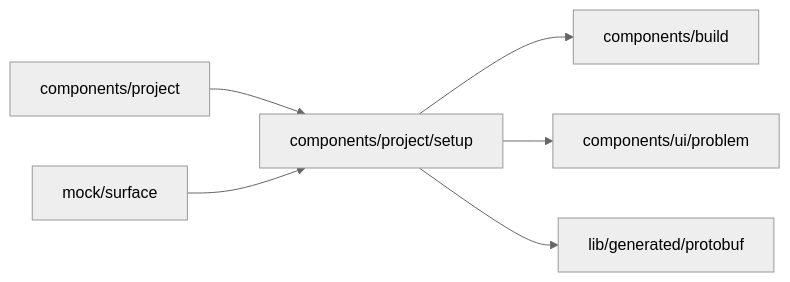
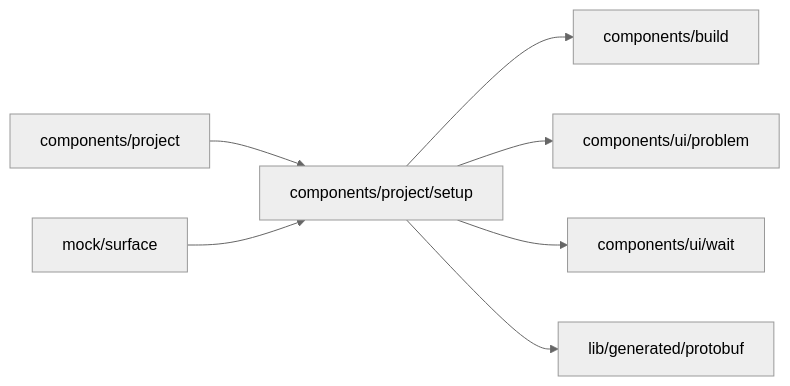
One commit to superdurable/superverse changed the diagram in web/studio/components/project/setup/README.md. Above: the diagram before and after it, drawn with Mermaid (neutral theme). The commit also changed other lines of this file and 28 other files, not shown here.

````diff
--- a/web/studio/components/project/setup/README.md
+++ b/web/studio/components/project/setup/README.md
@@ -10,9 +10,10 @@
 ```mermaid
 flowchart LR
   self["components/project/setup"]
   c0["components/project"] --> self
   c1["mock/surface"] --> self
   self --> d0["components/build"]
   self --> d1["components/ui/problem"]
-  self --> d2["lib/generated/protobuf"]
+  self --> d2["components/ui/wait"]
+  self --> d3["lib/generated/protobuf"]
 ```
````
